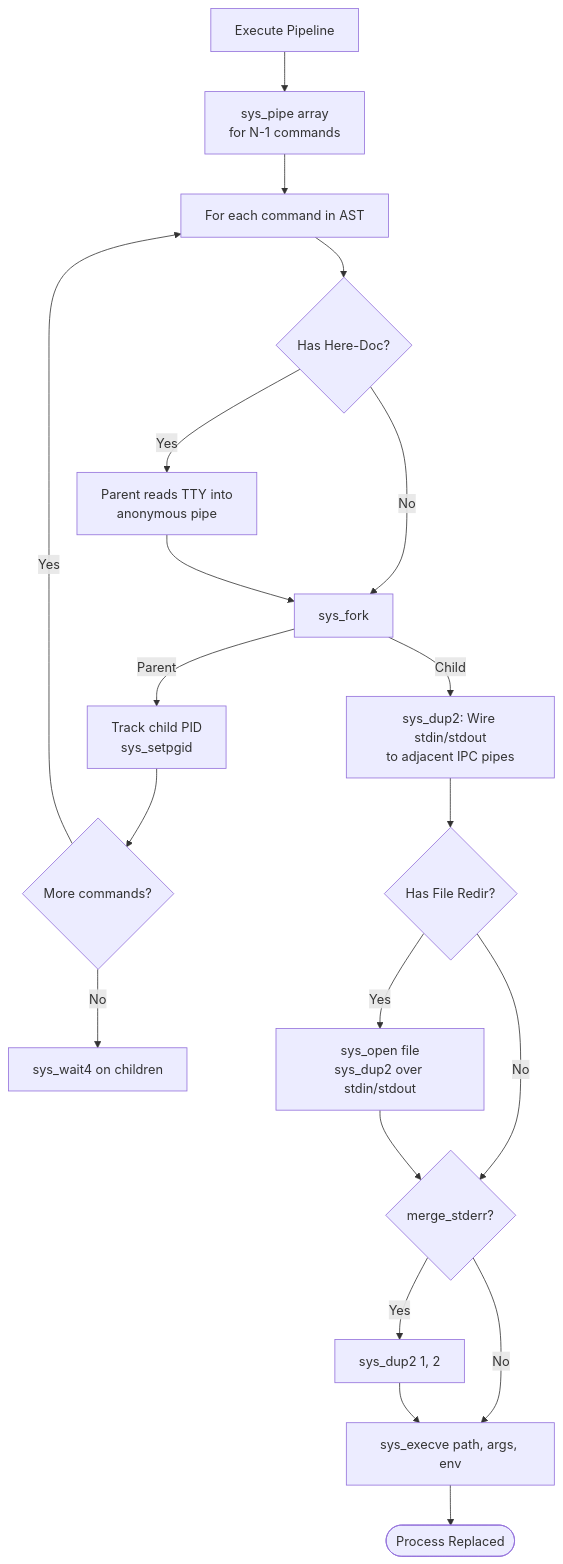
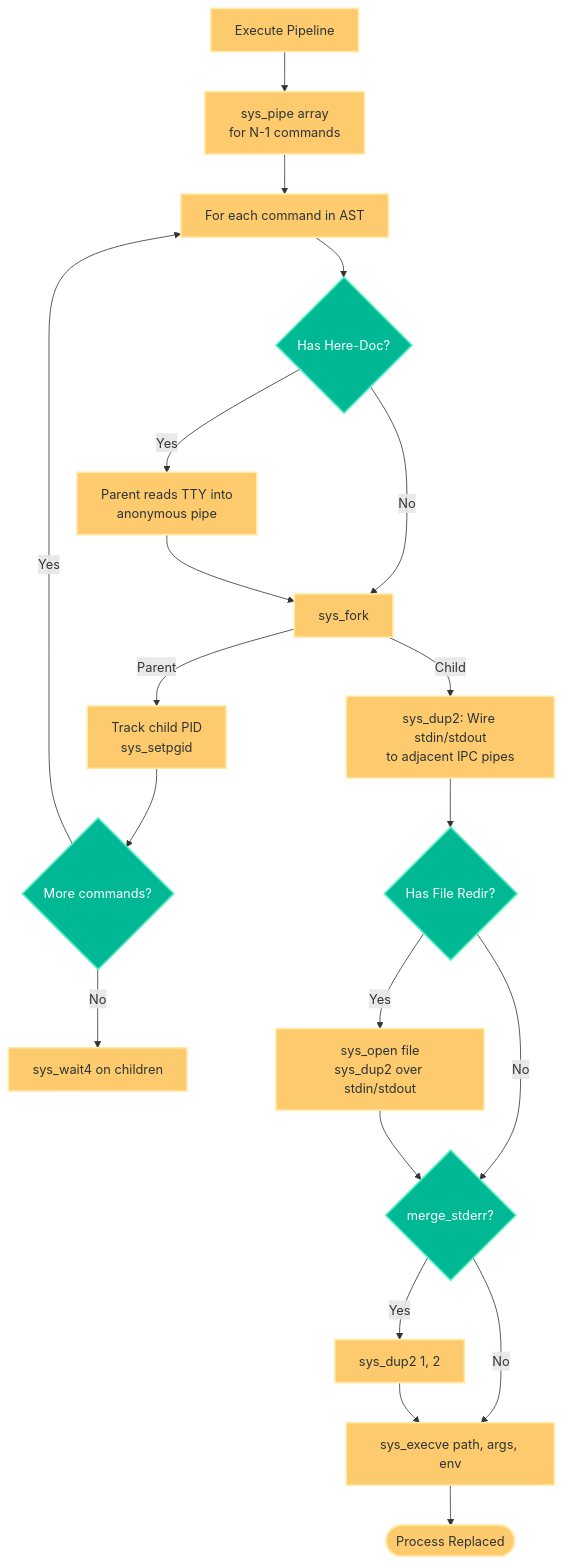
One commit to Rohitbansaldeveloper/Linux-POSIX-Shell-Implementation-Using-System-Calls-in-C changed the eighth of 9 diagrams in README.md. Above: the diagram before and after it, drawn with Mermaid. The commit also changed other lines of this file, not shown here.

Commit message:
docs: improve flow diagrams with colors and formatting

````diff
--- a/README.md
+++ b/README.md
@@ -218,25 +216,28 @@
-  ```mermaid
-  flowchart TD
-      Start[Execute Pipeline] --> GenPipes[sys_pipe array\nfor N-1 commands]
-      GenPipes --> Loop[For each command in AST]
-      
-      Loop --> Heredoc{Has Here-Doc?}
-      Heredoc -->|Yes| ReadHeredoc[Parent reads TTY into\nanonymous pipe]
-      Heredoc -->|No| Fork[sys_fork]
-      ReadHeredoc --> Fork
-      
-      Fork -->|Parent| SavePID[Track child PID\nsys_setpgid]
-      SavePID --> NextCmdCheck{More commands?}
-      NextCmdCheck -->|Yes| Loop
-      NextCmdCheck -->|No| WaitChild[sys_wait4 on children]
-      
-      Fork -->|Child| WirePipes[sys_dup2: Wire stdin/stdout\nto adjacent IPC pipes]
-      WirePipes --> FileRedir{Has File Redir?}
-      FileRedir -->|Yes| OpenFile[sys_open file\nsys_dup2 over stdin/stdout]
-      FileRedir -->|No| CheckStderr{merge_stderr?}
-      OpenFile --> CheckStderr
-      CheckStderr -->|Yes| DupStderr[sys_dup2 1, 2]
-      CheckStderr -->|No| Execve[sys_execve path, args, env]
-      DupStderr --> Execve
-      Execve --> End([Process Replaced])
-  ```
+```mermaid
+flowchart TD
+    classDef exec fill:#fdcb6e,stroke:#ffeaa7,stroke-width:2px,color:#2d3436;
+    classDef dec fill:#00b894,stroke:#55efc4,stroke-width:2px,color:#fff;
+
+    Start["Execute Pipeline"]:::exec --> GenPipes["sys_pipe array<br/>for N-1 commands"]:::exec
+    GenPipes --> Loop["For each command in AST"]:::exec
+    
+    Loop --> Heredoc{"Has Here-Doc?"}:::dec
+    Heredoc -->|"Yes"| ReadHeredoc["Parent reads TTY into<br/>anonymous pipe"]:::exec
+    Heredoc -->|"No"| Fork["sys_fork"]:::exec
+    ReadHeredoc --> Fork
+    
+    Fork -->|"Parent"| SavePID["Track child PID<br/>sys_setpgid"]:::exec
+    SavePID --> NextCmdCheck{"More commands?"}:::dec
+    NextCmdCheck -->|"Yes"| Loop
+    NextCmdCheck -->|"No"| WaitChild["sys_wait4 on children"]:::exec
+    
+    Fork -->|"Child"| WirePipes["sys_dup2: Wire stdin/stdout<br/>to adjacent IPC pipes"]:::exec
+    WirePipes --> FileRedir{"Has File Redir?"}:::dec
+    FileRedir -->|"Yes"| OpenFile["sys_open file<br/>sys_dup2 over stdin/stdout"]:::exec
+    FileRedir -->|"No"| CheckStderr{"merge_stderr?"}:::dec
+    OpenFile --> CheckStderr
+    CheckStderr -->|"Yes"| DupStderr["sys_dup2 1, 2"]:::exec
+    CheckStderr -->|"No"| Execve["sys_execve path, args, env"]:::exec
+    DupStderr --> Execve
+    Execve --> End(["Process Replaced"]):::exec
+```
````
